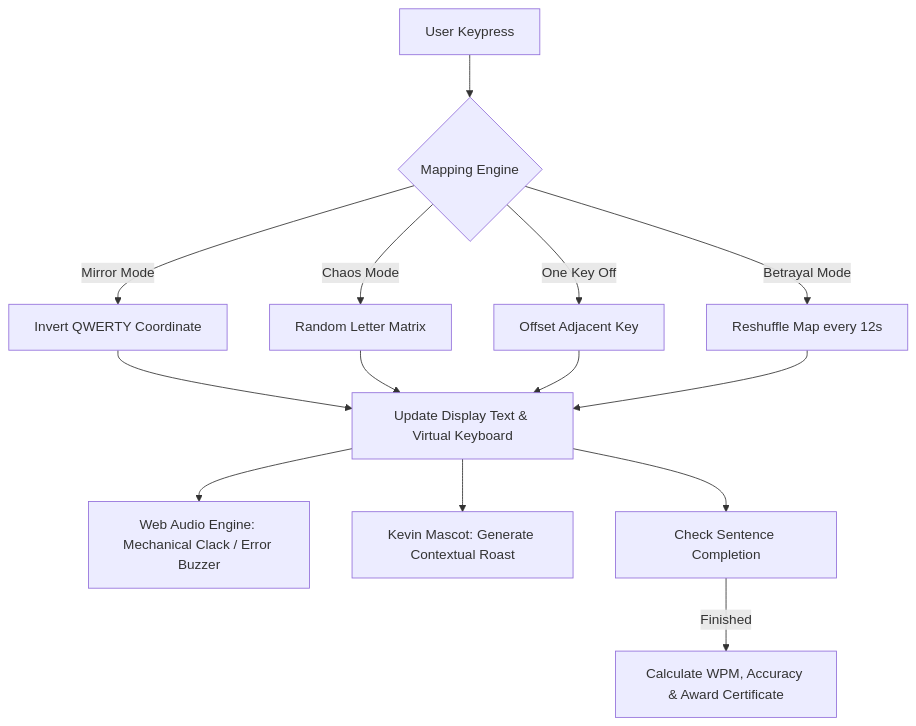
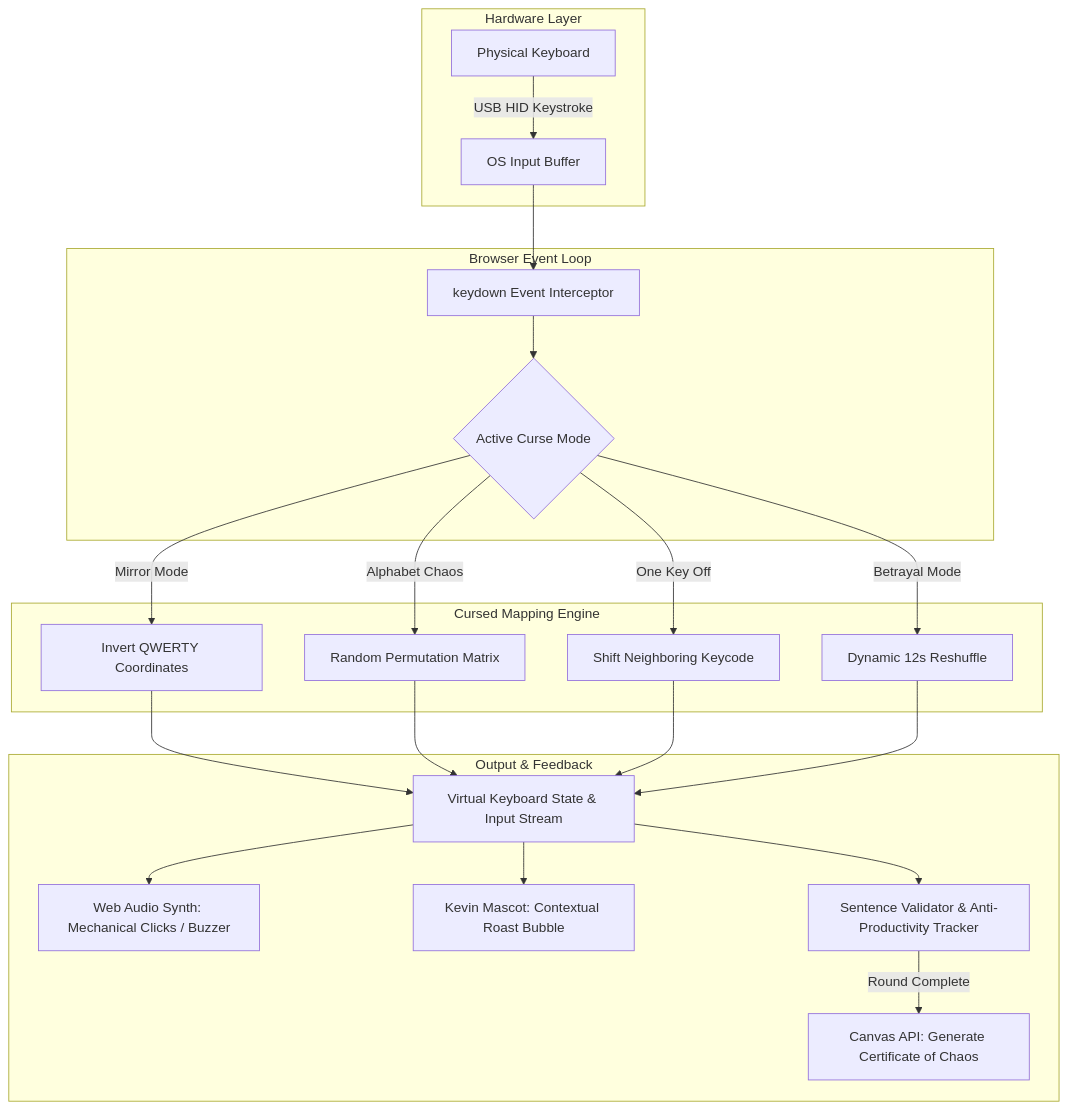
One commit to savinkrishna12-oss/Inverted_Keyboard changed the diagram in README.md. Above: the diagram before and after it, drawn with Mermaid. The commit also changed other lines of this file, not shown here.

Commit message:
docs: enhance README with detailed software and hardware specs, diagrams, and project details

````diff
--- a/README.md
+++ b/README.md
@@ -91,13 +103,26 @@
 ```mermaid
 flowchart TD
-    A[User Keypress] --> B{Mapping Engine}
-    B -->|Mirror Mode| C[Invert QWERTY Coordinate]
-    B -->|Chaos Mode| D[Random Letter Matrix]
-    B -->|One Key Off| E[Offset Adjacent Key]
-    B -->|Betrayal Mode| F[Reshuffle Map every 12s]
-    C & D & E & F --> G[Update Display Text & Virtual Keyboard]
-    G --> H[Web Audio Engine: Mechanical Clack / Error Buzzer]
-    G --> I[Kevin Mascot: Generate Contextual Roast]
-    G --> J[Check Sentence Completion]
-    J -->|Finished| K[Calculate WPM, Accuracy & Award Certificate]
+    subgraph Hardware Layer
+        A[Physical Keyboard] -->|USB HID Keystroke| B[OS Input Buffer]
+    end
+
+    subgraph Browser Event Loop
+        B --> C[keydown Event Interceptor]
+        C --> D{Active Curse Mode}
+    end
+
+    subgraph Cursed Mapping Engine
+        D -->|Mirror Mode| E1[Invert QWERTY Coordinates]
+        D -->|Alphabet Chaos| E2[Random Permutation Matrix]
+        D -->|One Key Off| E3[Shift Neighboring Keycode]
+        D -->|Betrayal Mode| E4[Dynamic 12s Reshuffle]
+    end
+
+    subgraph Output & Feedback
+        E1 & E2 & E3 & E4 --> F[Virtual Keyboard State & Input Stream]
+        F --> G[Web Audio Synth: Mechanical Clicks / Buzzer]
+        F --> H[Kevin Mascot: Contextual Roast Bubble]
+        F --> I[Sentence Validator & Anti-Productivity Tracker]
+        I -->|Round Complete| J[Canvas API: Generate Certificate of Chaos]
+    end
 ```
````
